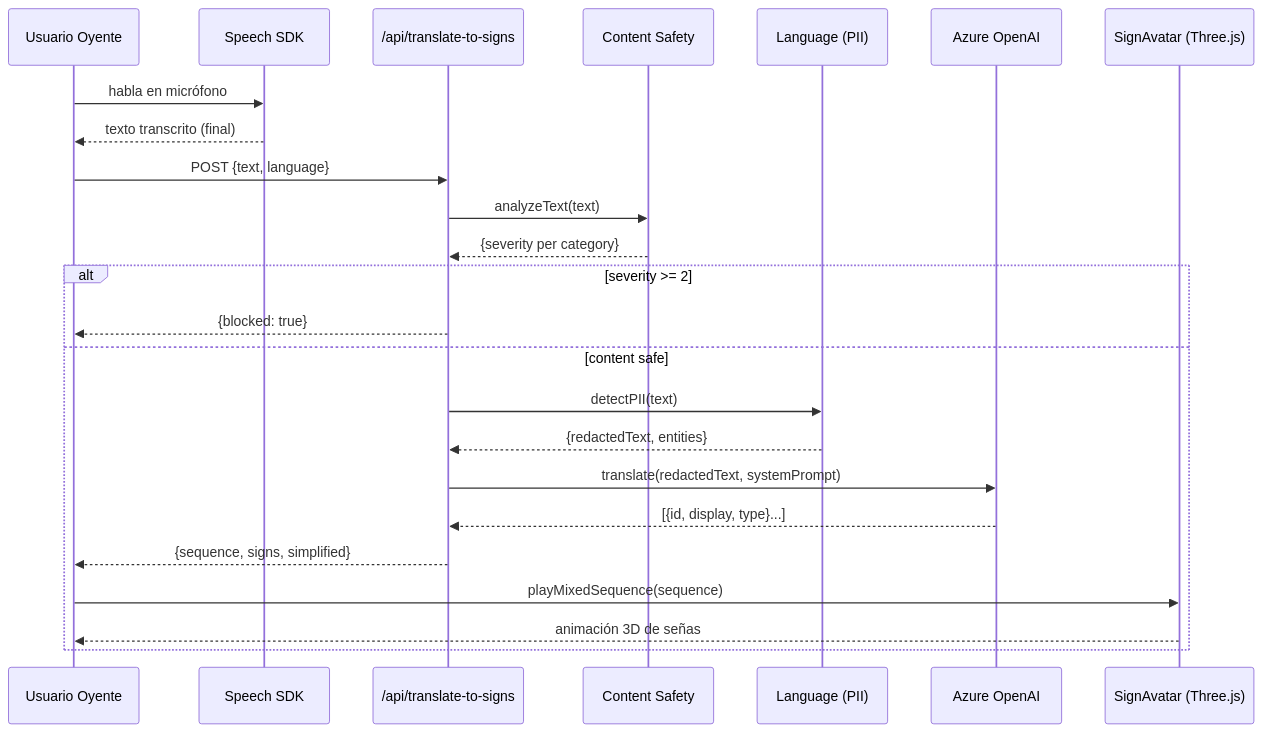
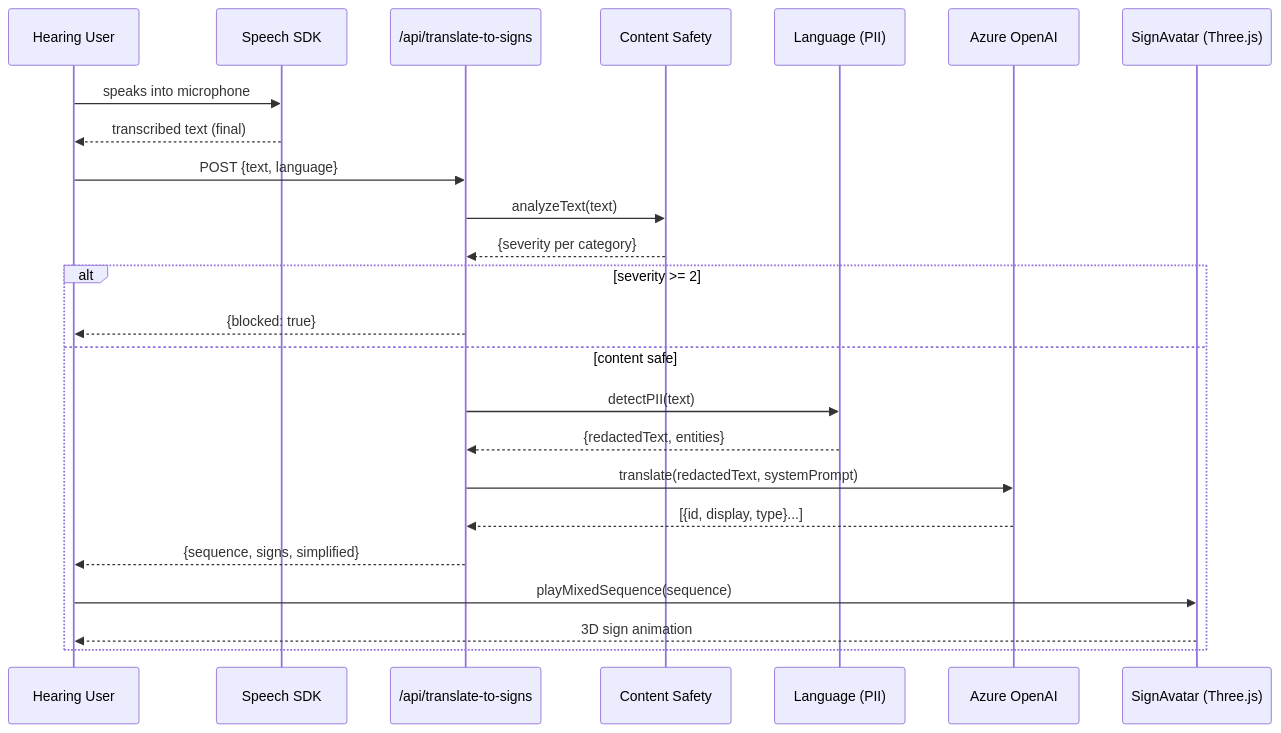
The second of 3 diagrams in DOCUMENTATION.md (leninherrera94/Azure-SignBridge-Multimodal), drawn with Mermaid before and after one commit. The commit also changed other lines of this file and 1 other file, not shown here.

````diff
--- a/DOCUMENTATION.md
+++ b/DOCUMENTATION.md
@@ -145,27 +145,27 @@
 ```mermaid
 sequenceDiagram
-    participant U as Usuario Oyente
+    participant U as Hearing User
     participant SDK as Speech SDK
     participant API as /api/translate-to-signs
     participant CS as Content Safety
     participant PII as Language (PII)
     participant GPT as Azure OpenAI
     participant AV as SignAvatar (Three.js)
 
-    U->>SDK: habla en micrófono
-    SDK-->>U: texto transcrito (final)
+    U->>SDK: speaks into microphone
+    SDK-->>U: transcribed text (final)
     U->>API: POST {text, language}
     API->>CS: analyzeText(text)
     CS-->>API: {severity per category}
     alt severity >= 2
         API-->>U: {blocked: true}
     else content safe
         API->>PII: detectPII(text)
         PII-->>API: {redactedText, entities}
         API->>GPT: translate(redactedText, systemPrompt)
         GPT-->>API: [{id, display, type}...]
         API-->>U: {sequence, signs, simplified}
         U->>AV: playMixedSequence(sequence)
-        AV-->>U: animación 3D de señas
+        AV-->>U: 3D sign animation
     end
 ```
````
